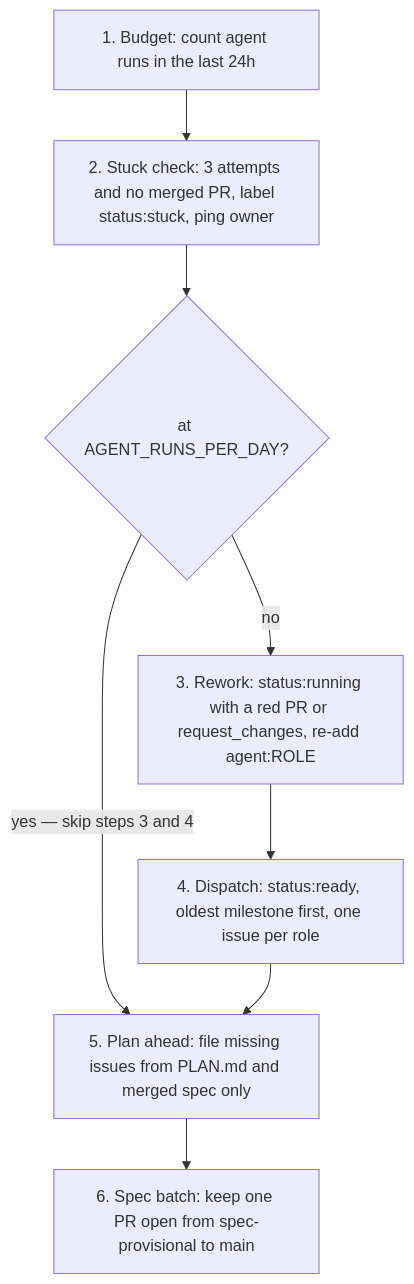
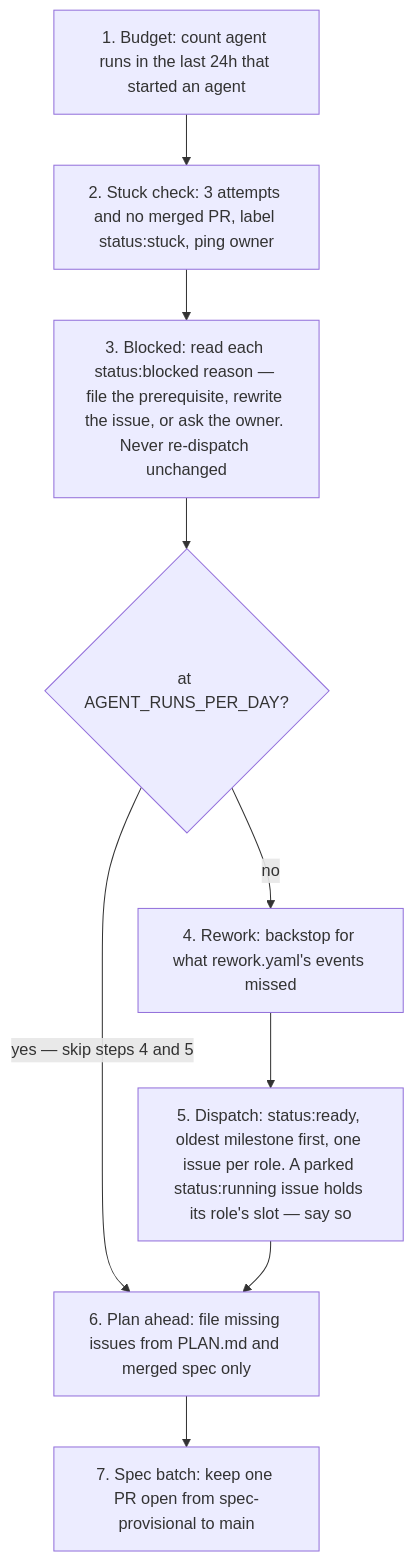
The third of 7 diagrams in agents/README.md (rechefe/golem), drawn with Mermaid before and after one commit. The commit also changed other lines of this file and 10 other files, not shown here.

First line of the commit message:
Autonomy: close the agent loop, count the budget right, let agents report a block (#31)

````diff
--- a/agents/README.md
+++ b/agents/README.md
@@ -98,10 +169,11 @@
 ```mermaid
 flowchart TD
-    a["1. Budget: count agent runs in the last 24h"] --> d["2. Stuck check: 3 attempts and no merged PR, label status:stuck, ping owner"]
-    d --> b{"at AGENT_RUNS_PER_DAY?"}
-    b -->|"yes — skip steps 3 and 4"| g
-    b -->|no| e["3. Rework: status:running with a red PR or request_changes, re-add agent:ROLE"]
-    e --> f["4. Dispatch: status:ready, oldest milestone first, one issue per role"]
-    f --> g["5. Plan ahead: file missing issues from PLAN.md and merged spec only"]
-    g --> h["6. Spec batch: keep one PR open from spec-provisional to main"]
+    a["1. Budget: count agent runs in the last 24h that started an agent"] --> d["2. Stuck check: 3 attempts and no merged PR, label status:stuck, ping owner"]
+    d --> c["3. Blocked: read each status:blocked reason — file the prerequisite, rewrite the issue, or ask the owner. Never re-dispatch unchanged"]
+    c --> b{"at AGENT_RUNS_PER_DAY?"}
+    b -->|"yes — skip steps 4 and 5"| g
+    b -->|no| e["4. Rework: backstop for what rework.yaml's events missed"]
+    e --> f["5. Dispatch: status:ready, oldest milestone first, one issue per role. A parked status:running issue holds its role's slot — say so"]
+    f --> g["6. Plan ahead: file missing issues from PLAN.md and merged spec only"]
+    g --> h["7. Spec batch: keep one PR open from spec-provisional to main"]
 ```
````
